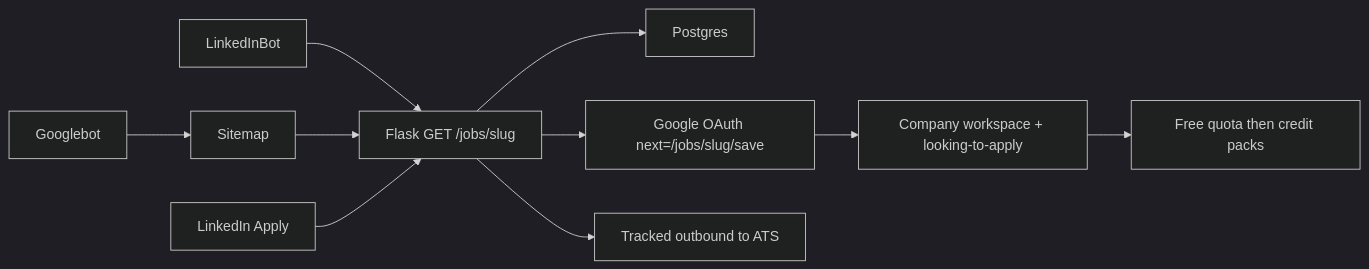
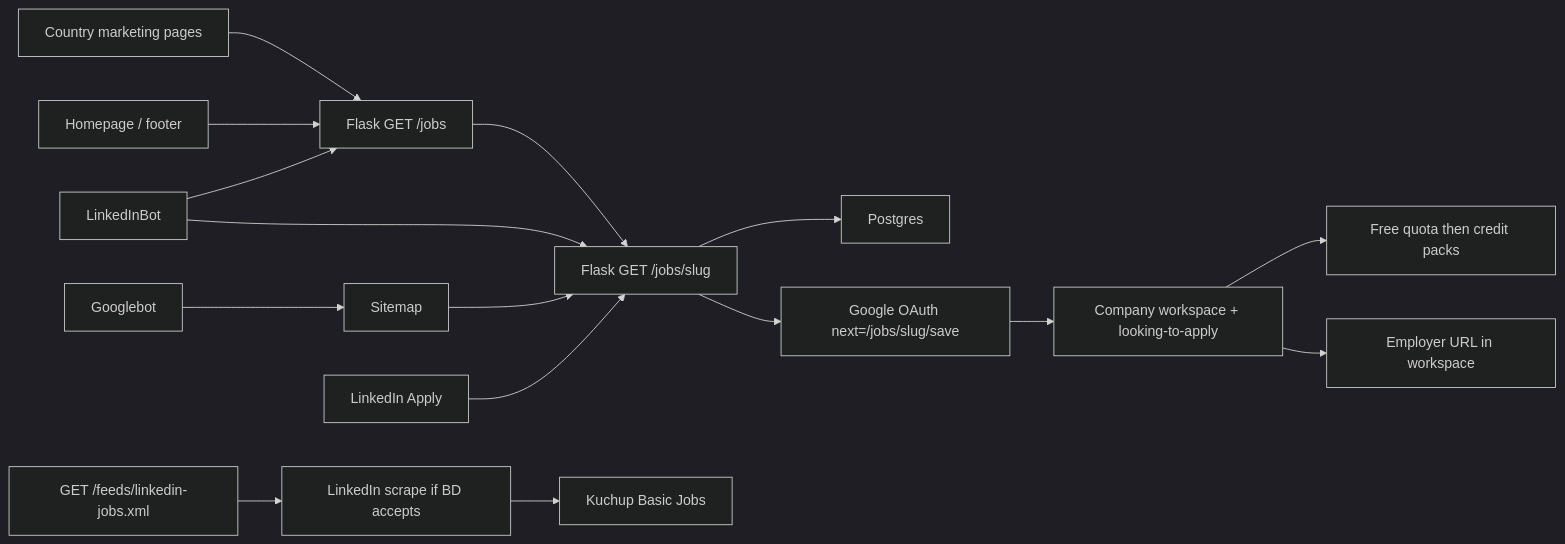
The diagram in docs/reference/job-syndication.md (AminMortezaie/kuchup), drawn with Mermaid (dark theme) before and after one commit. The commit also changed other lines of this file and 147 other files, not shown here.

First line of the commit message:
Ship NOWPayments Full Access checkout, a public /jobs hub, and the marketing homepage refresh.

````diff
--- a/docs/reference/job-syndication.md
+++ b/docs/reference/job-syndication.md
@@ -22,12 +22,18 @@
 ```mermaid
 flowchart LR
+  CountryPages["Country marketing pages"] --> JobsHub
+  Homepage["Homepage / footer"] --> JobsHub
+  JobsHub["Flask GET /jobs"] --> JobPage
+  LinkedInBot --> JobsHub
   LinkedInBot --> JobPage
   Googlebot --> Sitemap
   Sitemap --> JobPage
+  XmlFeed["GET /feeds/linkedin-jobs.xml"] --> LinkedInBD["LinkedIn scrape if BD accepts"]
   User["LinkedIn Apply"] --> JobPage
   JobPage["Flask GET /jobs/slug"] --> Postgres
   JobPage --> Primary["Google OAuth next=/jobs/slug/save"]
-  JobPage --> Secondary["Tracked outbound to ATS"]
   Primary --> Workspace["Company workspace + looking-to-apply"]
   Workspace --> Credits["Free quota then credit packs"]
+  Workspace --> ATS["Employer URL in workspace"]
+  LinkedInBD --> BasicJobs["Kuchup Basic Jobs"]
 ```
````
